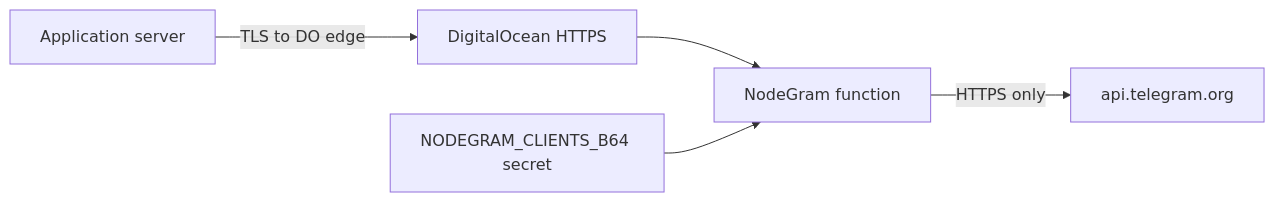
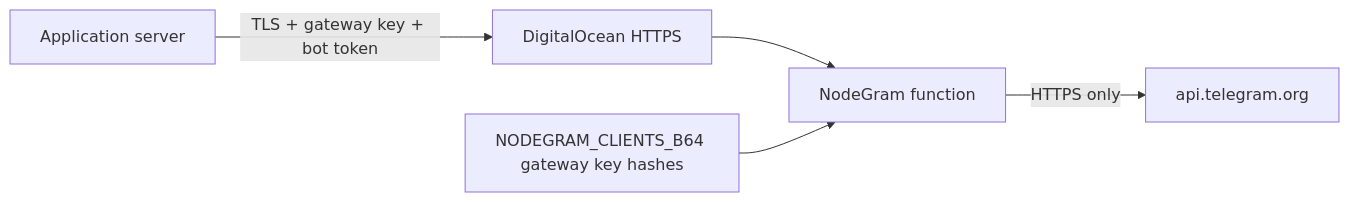
The diagram in docs/architecture.md (NODE-Group-IR/NodeGram), drawn with Mermaid before and after one commit. The commit also changed other lines of this file and 34 other files, not shown here.

````diff
--- a/docs/architecture.md
+++ b/docs/architecture.md
@@ -7,7 +7,7 @@
 ```mermaid
 flowchart LR
-  App["Application server"] -->|"TLS to DO edge"| Edge["DigitalOcean HTTPS"]
+  App["Application server"] -->|"TLS + gateway key + bot token"| Edge["DigitalOcean HTTPS"]
   Edge --> Fn["NodeGram function"]
   Fn -->|"HTTPS only"| Tg["api.telegram.org"]
-  Secrets["NODEGRAM_CLIENTS_B64 secret"] --> Fn
+  Secrets["NODEGRAM_CLIENTS_B64 gateway key hashes"] --> Fn
 ```
````
